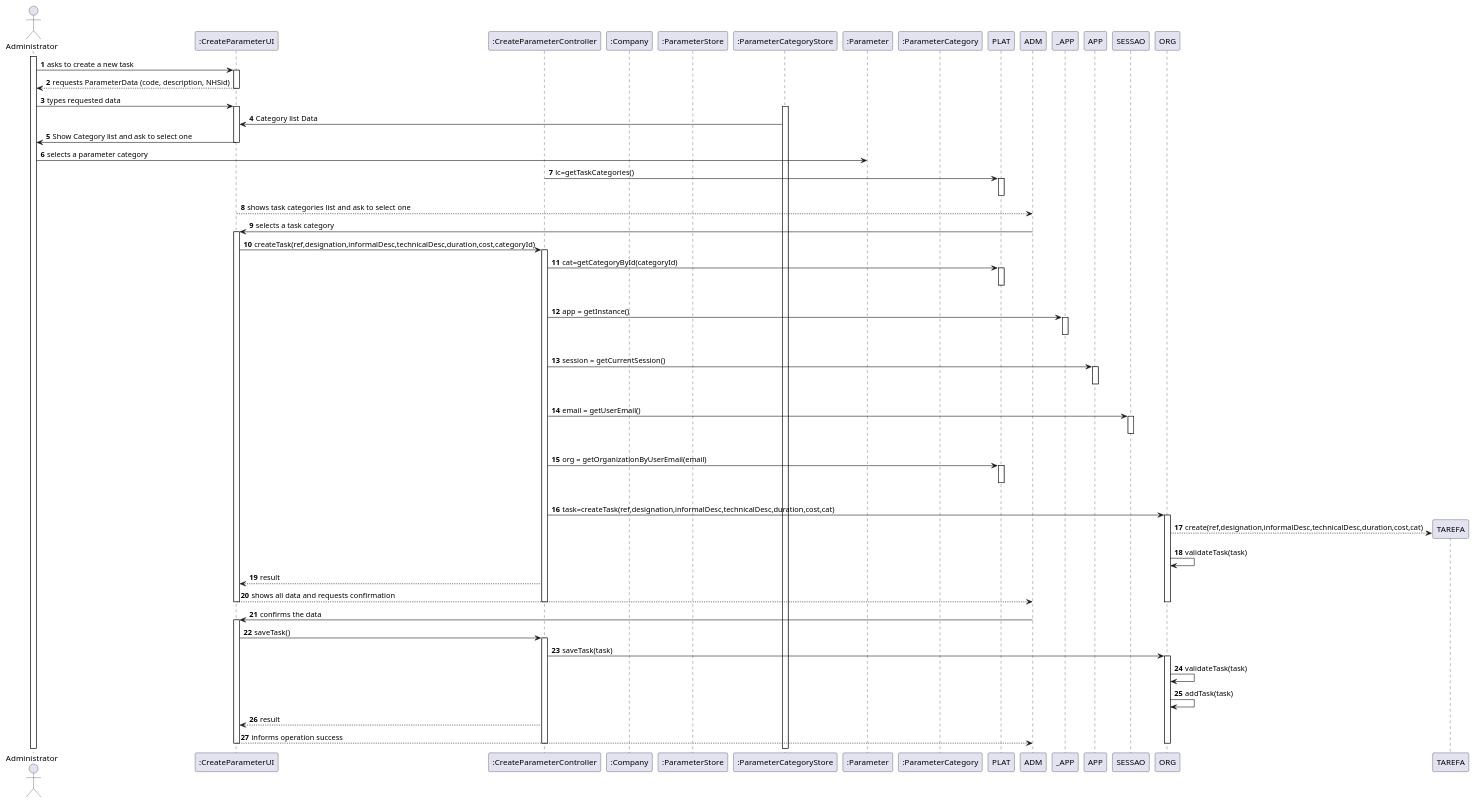
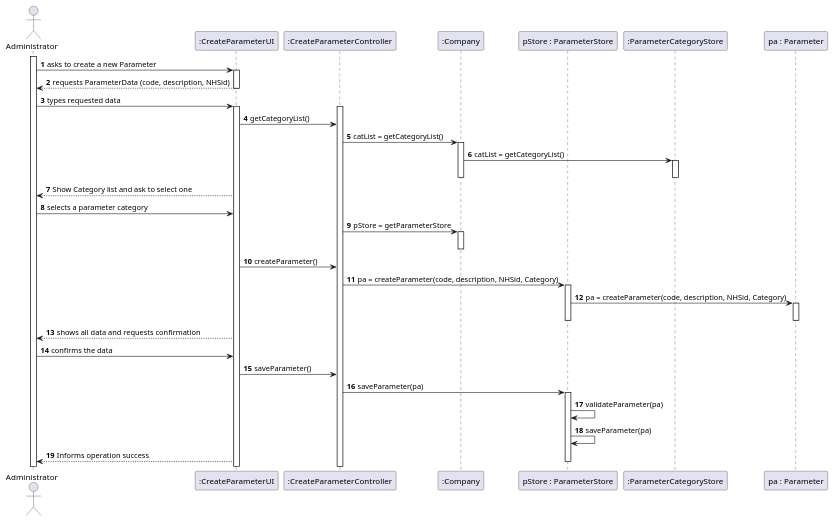
One commit to MarianaCLages/LAPR2 changed the diagram in docs/SprintB/US10/US10_SD.puml. Above: the diagram before and after it, drawn with PlantUML. The commit also changed 7 other files, not shown here.

```diff
--- a/docs/SprintB/US10/US10_SD.puml
+++ b/docs/SprintB/US10/US10_SD.puml
@@ -1,109 +1,91 @@
 @startuml
 autonumber
 'hide footbox
 actor "Administrator" as Administrator
 
 participant ":CreateParameterUI" as UI
 participant ":CreateParameterController" as CTRL
 participant ":Company" as COMPANY
-participant ":ParameterStore" as PARAMETERSTORE
+participant "pStore : ParameterStore" as PARAMETERSTORE
 participant ":ParameterCategoryStore" as CATEGORYSTORE
-participant ":Parameter" as PARAMETER
-participant ":ParameterCategory" as CATEGORY
+participant "pa : Parameter" as PARAMETER
 
 
 activate Administrator
-Administrator -> UI: asks to create a new task
+Administrator -> UI: asks to create a new Parameter
 activate UI
 UI --> Administrator :requests ParameterData (code, description, NHSid)
 deactivate UI
 
 
 Administrator -> UI : types requested data
 activate UI
 
-activate CATEGORYSTORE
-CATEGORYSTORE -> UI : Category list Data
-UI -> Administrator : Show Category list and ask to select one
-deactivate UI
+activate CTRL
 
-Administrator -> PARAMETER : selects a parameter category
+
+UI -> CTRL : getCategoryList()
+
+
+CTRL -> COMPANY : catList = getCategoryList()
+activate COMPANY
 
 
 
-CTRL -> PLAT : lc=getTaskCategories()
-activate PLAT
 
-deactivate PLAT
-deactivate CTRL
+COMPANY -> CATEGORYSTORE  : catList = getCategoryList()
 
-UI --> ADM : shows task categories list and ask to select one
-deactivate PLAT
-deactivate UI
+activate CATEGORYSTORE
+deactivate CATEGORYSTORE
+deactivate COMPANY
 
-ADM -> UI : selects a task category
-activate UI
 
-UI -> CTRL : createTask(ref,designation,informalDesc,technicalDesc,duration,cost,categoryId)
-activate CTRL
 
-CTRL -> PLAT : cat=getCategoryById(categoryId)
-activate PLAT
-|||
-deactivate PLAT
 
-CTRL -> _APP: app = getInstance()
-activate _APP
-|||
-deactivate _APP
 
-CTRL -> APP: session = getCurrentSession()
-activate APP
-|||
-deactivate APP
+UI --> Administrator : Show Category list and ask to select one
 
-CTRL -> SESSAO: email = getUserEmail()
-activate SESSAO
-|||
-deactivate SESSAO
 
-CTRL -> PLAT: org = getOrganizationByUserEmail(email)
-activate PLAT
-|||
-deactivate PLAT
 
-CTRL -> ORG: task=createTask(ref,designation,informalDesc,technicalDesc,duration,cost,cat)
-activate ORG
 
-ORG --> TAREFA**: create(ref,designation,informalDesc,technicalDesc,duration,cost,cat)
-ORG -> ORG: validateTask(task)
 
-CTRL --> UI: result
+Administrator -> UI : selects a parameter category
 
-UI --> ADM: shows all data and requests confirmation
-deactivate ORG
-deactivate PLAT
-deactivate CTRL
-deactivate UI
+CTRL -> COMPANY : pStore = getParameterStore
+activate COMPANY
+deactivate COMPANY
 
-ADM -> UI : confirms the data
-activate UI
-UI -> CTRL : saveTask()
-activate CTRL
+UI-> CTRL : createParameter()
+CTRL -> PARAMETERSTORE : pa = createParameter(code, description, NHSid, Category)
 
-CTRL -> ORG : saveTask(task)
-activate ORG
+activate PARAMETERSTORE
 
-ORG -> ORG: validateTask(task)
-ORG -> ORG: addTask(task)
+PARAMETERSTORE -> PARAMETER : pa = createParameter(code, description, NHSid, Category)
 
-CTRL --> UI: result
+activate PARAMETER
+deactivate PARAMETER
+deactivate PARAMETERSTORE
 
-UI --> ADM : informs operation success
-deactivate ORG
-deactivate CTRL
-deactivate UI
 
-deactivate ADM
+UI --> Administrator : shows all data and requests confirmation
+
+Administrator -> UI : confirms the data
+
+UI-> CTRL : saveParameter()
+
+CTRL -> PARAMETERSTORE : saveParameter(pa)
+activate PARAMETERSTORE
+PARAMETERSTORE -> PARAMETERSTORE : validateParameter(pa)
+PARAMETERSTORE -> PARAMETERSTORE : saveParameter(pa)
+
+
+UI --> Administrator : Informs operation success
+deactivate PARAMETERSTORE
+
+
+
+
+
+
 
 @enduml
```
